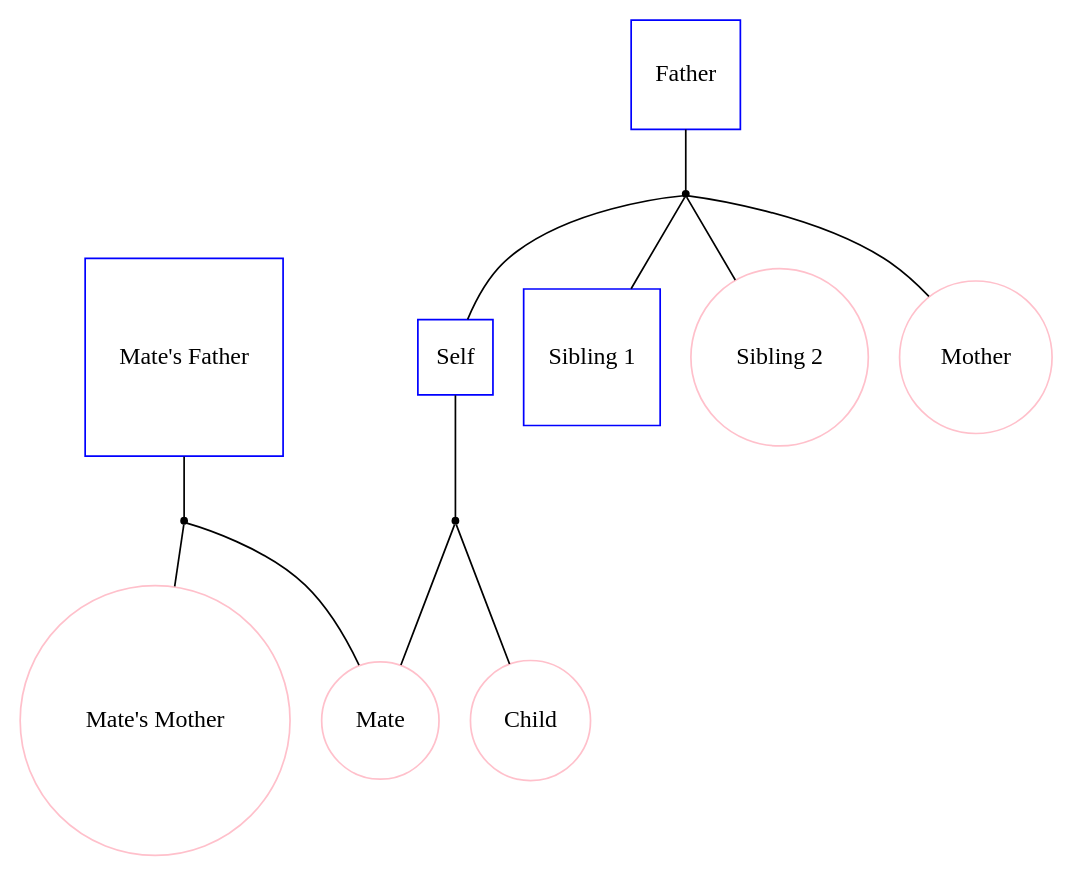
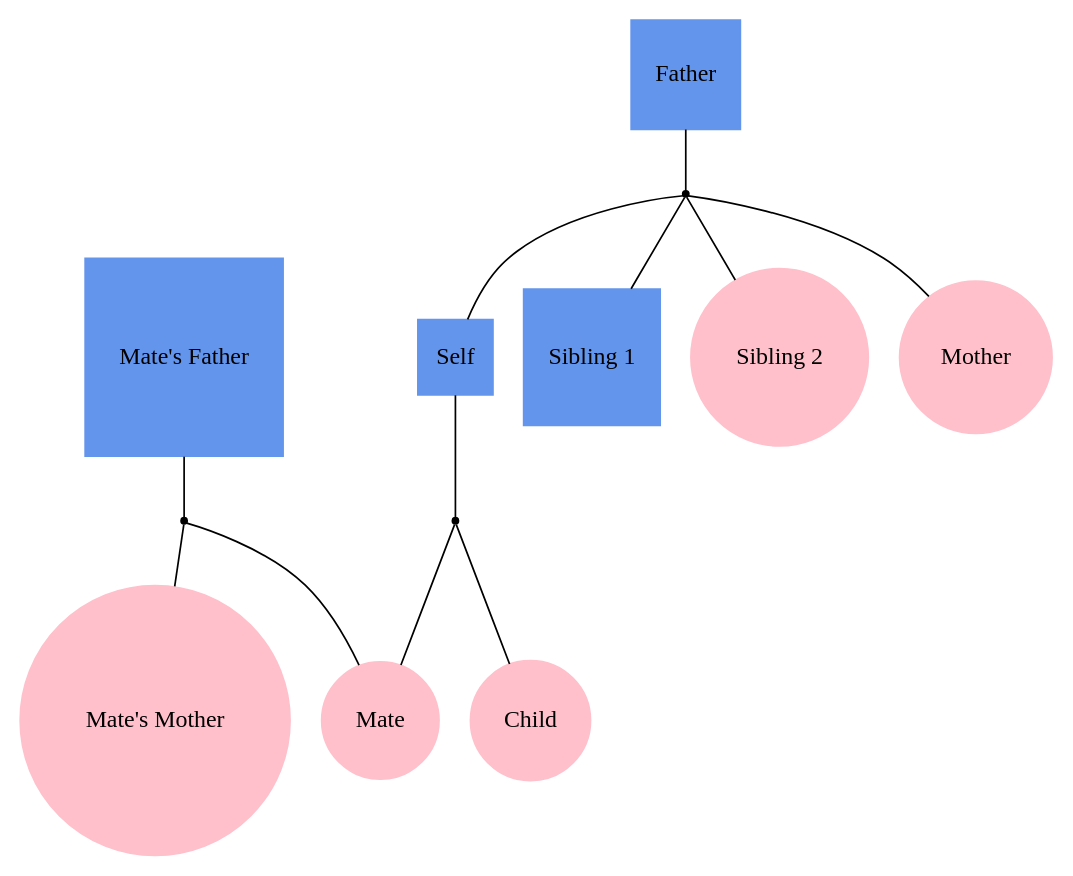
The diagram in encoder/out1.gv (phewing/teamM_L), drawn with Graphviz before and after one commit. The commit also changed 21 other files, not shown here.

```diff
--- a/encoder/out1.gv
+++ b/encoder/out1.gv
@@ -1,26 +1,26 @@
 
 graph f1 {
-"Self" [shape=box, regular=1, color="blue"];
-"Mate" [shape=oval, regular=1, color="pink"];
-"Child" [shape=oval, regular=1, color="pink"];
-"Sibling 1" [shape=box, regular=1, color="blue"];
-"Sibling 2" [shape=oval, regular=1, color="pink"];
-"Mother" [shape=oval, regular=1, color="pink"];
-"Father" [shape=box, regular=1, color="blue"];
-"Mate's Mother" [shape=oval, regular=1, color="pink"];
-"Mate's Father" [shape=box, regular=1, color="blue"];
+"Self" [shape=box, style=filled, regular=1, color="cornflowerblue"];
+"Mate" [shape=oval, style=filled, regular=1, color="pink"];
+"Child" [shape=oval, style=filled, regular=1, color="pink"];
+"Sibling 1" [shape=box, style=filled, regular=1, color="cornflowerblue"];
+"Sibling 2" [shape=oval, style=filled, regular=1, color="pink"];
+"Mother" [shape=oval, style=filled, regular=1, color="pink"];
+"Father" [shape=box, style=filled, regular=1, color="cornflowerblue"];
+"Mate's Mother" [shape=oval, style=filled, regular=1, color="pink"];
+"Mate's Father" [shape=box, style=filled, regular=1, color="cornflowerblue"];
 
 "self+mate" [shape=point];
 "father+mother" [shape=point];
 "mate'sfather+mate'smother" [shape=point];
 
 "Self" -- "self+mate" -- "Mate";
 "Father" -- "father+mother" -- "Mother";
 "Mate's Father" -- "mate'sfather+mate'smother" -- "Mate's Mother";
 
 "father+mother" -- "Self";
 "mate'sfather+mate'smother" -- "Mate";
 "self+mate" -- "Child";
 "father+mother" -- "Sibling 1";
 "father+mother" -- "Sibling 2";
 }
```
